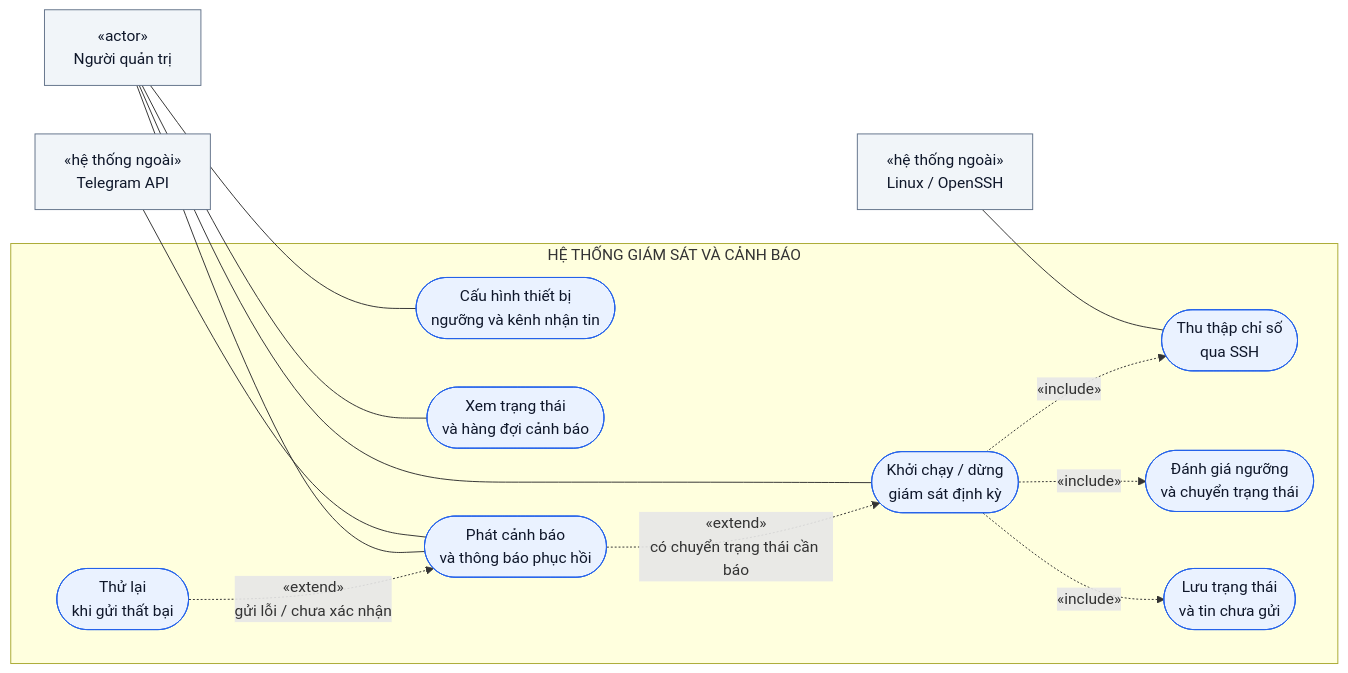
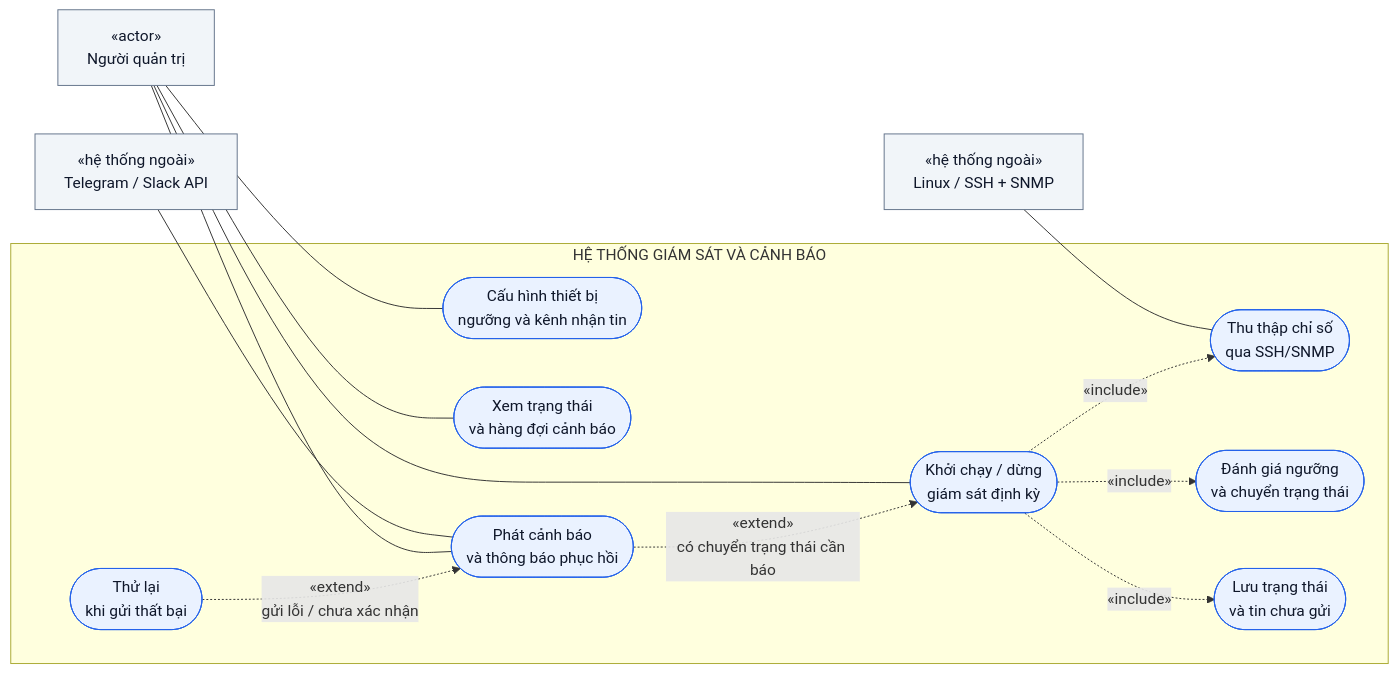
Before and after one commit to tunato2807-del/qtmnc: the third of 8 diagrams in docs/diagrams/SO_DO_MERMAID.md, drawn with Mermaid. The commit also changed other lines of this file and 68 other files, not shown here.

Commit message:
Rebuild monitoring project for GNS3 SSH SNMP lab with detailed Windows guide

````diff
--- a/docs/diagrams/SO_DO_MERMAID.md
+++ b/docs/diagrams/SO_DO_MERMAID.md
@@ -86,31 +61,31 @@
 ```mermaid
 flowchart LR
     admin["«actor»<br/>Người quản trị"]
-    linux["«hệ thống ngoài»<br/>Linux / OpenSSH"]
-    telegram["«hệ thống ngoài»<br/>Telegram API"]
+    linux["«hệ thống ngoài»<br/>Linux / SSH + SNMP"]
+    telegram["«hệ thống ngoài»<br/>Telegram / Slack API"]
     subgraph system["HỆ THỐNG GIÁM SÁT VÀ CẢNH BÁO"]
         config(["Cấu hình thiết bị<br/>ngưỡng và kênh nhận tin"])
         monitor(["Khởi chạy / dừng<br/>giám sát định kỳ"])
         view(["Xem trạng thái<br/>và hàng đợi cảnh báo"])
-        collect(["Thu thập chỉ số<br/>qua SSH"])
+        collect(["Thu thập chỉ số<br/>qua SSH/SNMP"])
         evaluate(["Đánh giá ngưỡng<br/>và chuyển trạng thái"])
         persist(["Lưu trạng thái<br/>và tin chưa gửi"])
         notify(["Phát cảnh báo<br/>và thông báo phục hồi"])
         retry(["Thử lại<br/>khi gửi thất bại"])
         monitor -. "«include»" .-> collect
         monitor -. "«include»" .-> evaluate
         monitor -. "«include»" .-> persist
         notify -. "«extend»<br/>có chuyển trạng thái cần báo" .-> monitor
         retry -. "«extend»<br/>gửi lỗi / chưa xác nhận" .-> notify
     end
     admin --- config
     admin --- monitor
     admin --- view
     admin --- notify
     linux --- collect
     telegram --- notify
     classDef actor fill:#f1f5f9,stroke:#64748b,color:#0f172a;
     classDef uc fill:#eaf2ff,stroke:#2563eb,color:#0f172a;
     class admin,linux,telegram actor;
     class config,monitor,view,collect,evaluate,persist,notify,retry uc;
 ```
````
